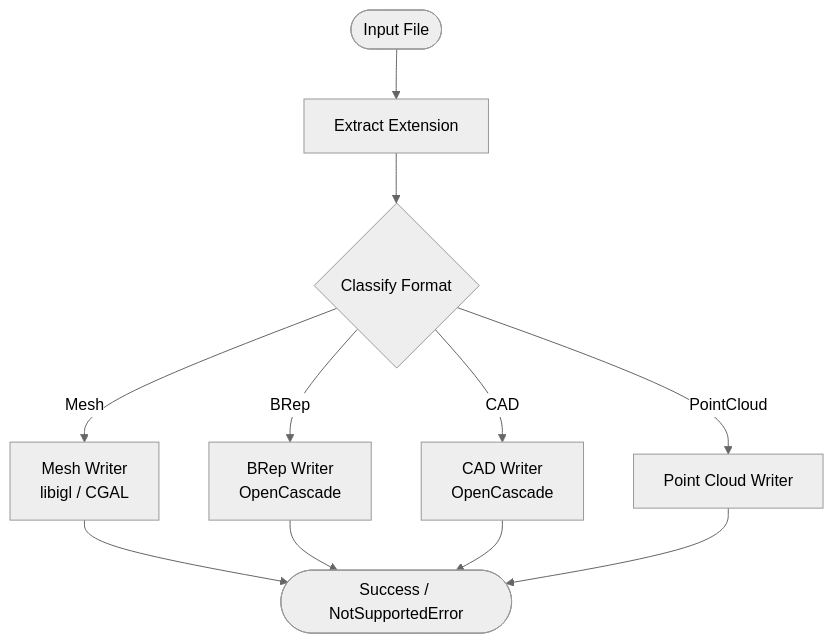
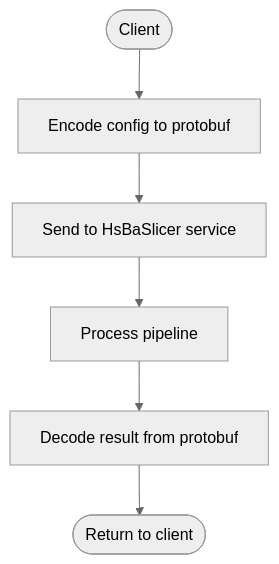
The third of 4 diagrams in .qoder/repowiki/en/content/Appendix.md (hsmbanlance/HsBaSlicer), drawn with Mermaid (neutral theme) before and after one commit. The commit also changed other lines of this file and 1095 other files, not shown here.

````diff
--- a/.qoder/repowiki/en/content/Appendix.md
+++ b/.qoder/repowiki/en/content/Appendix.md
@@ -131,13 +280,8 @@
 ```mermaid
 flowchart TD
-Start(["Input File"]) --> Ext["Extract Extension"]
-Ext --> Classify{"Classify Format"}
-Classify --> |Mesh| MeshWriter["Mesh Writer<br/>libigl / CGAL"]
-Classify --> |BRep| BrepsWriter["BRep Writer<br/>OpenCascade"]
-Classify --> |CAD| CadWriter["CAD Writer<br/>OpenCascade"]
-Classify --> |PointCloud| PCDWriter["Point Cloud Writer"]
-MeshWriter --> End(["Success / NotSupportedError"])
-BrepsWriter --> End
-CadWriter --> End
-PCDWriter --> End
+Start(["Client"]) --> Encode["Encode config to protobuf"]
+Encode --> Send["Send to HsBaSlicer service"]
+Send --> Process["Process pipeline"]
+Process --> Decode["Decode result from protobuf"]
+Decode --> End(["Return to client"])
 ```
````
